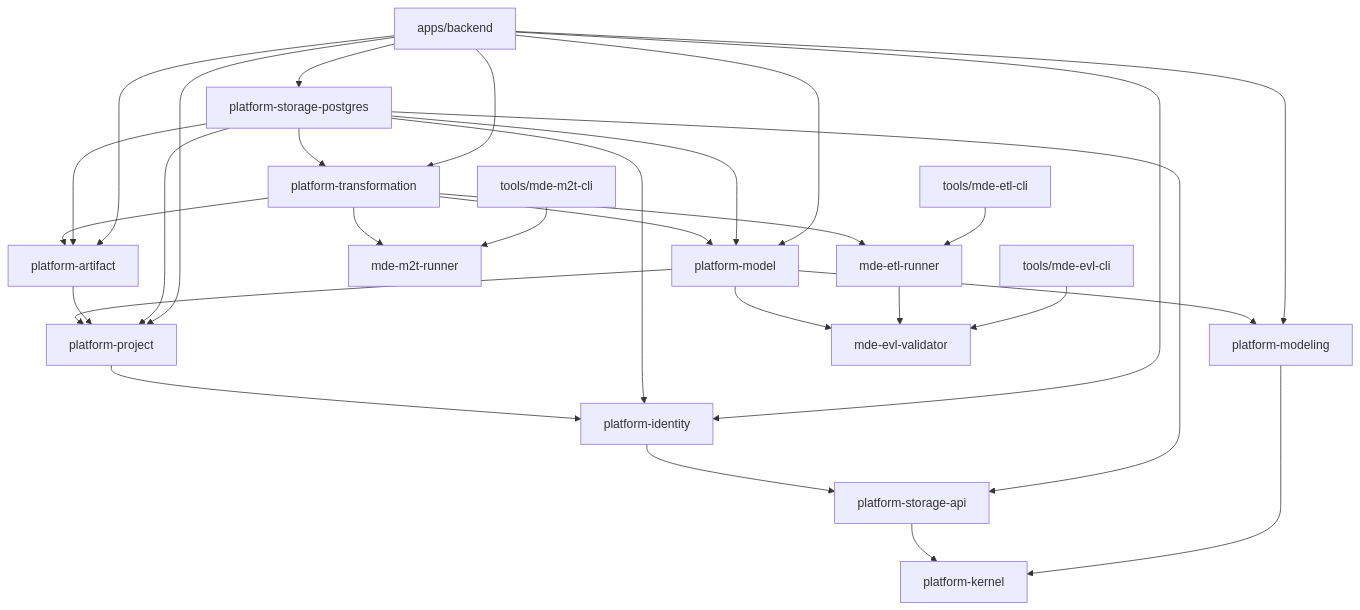
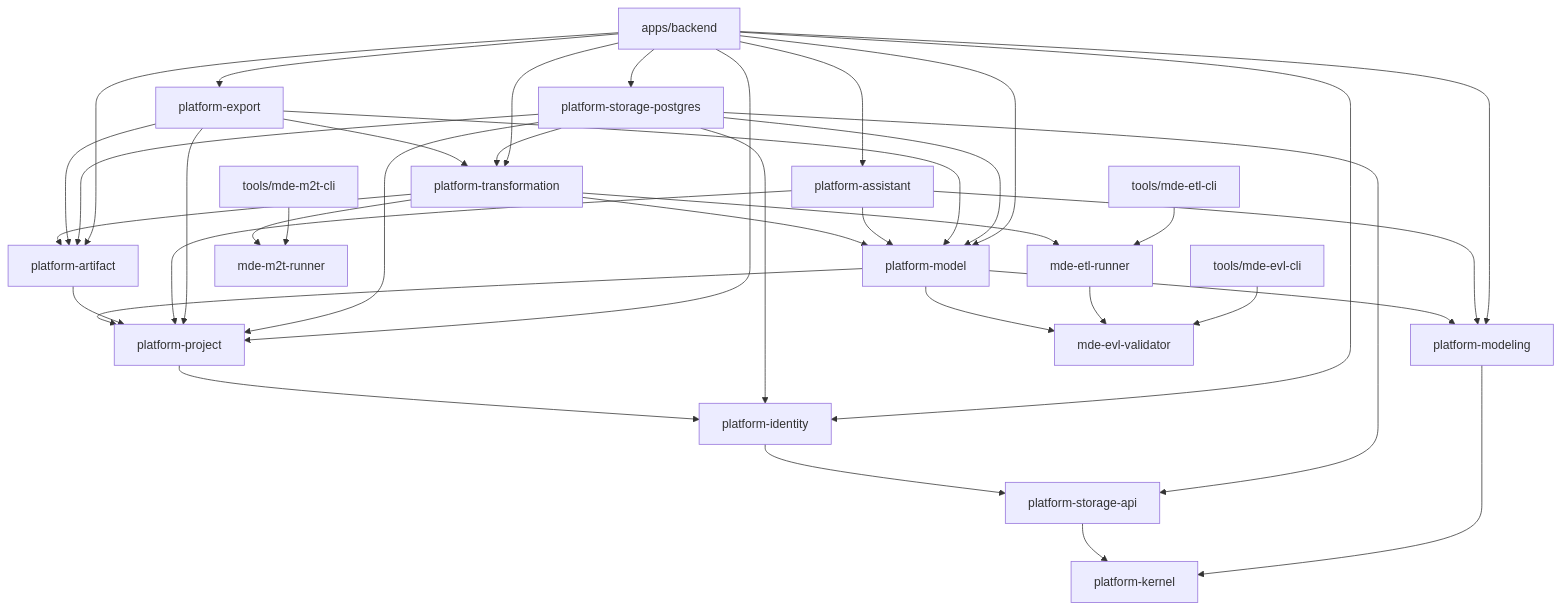
Before and after one commit to mehdieidi/modriss: the first of 3 diagrams in docs/diagrams/05-module-dependencies.md, drawn with Mermaid. The commit also changed 29 other files, not shown here.

````diff
--- a/docs/diagrams/05-module-dependencies.md
+++ b/docs/diagrams/05-module-dependencies.md
@@ -5,52 +5,63 @@
 ```mermaid
 flowchart TB
     backend["apps/backend"]
     kernel["platform-kernel"]
     storageApi["platform-storage-api"]
     identity["platform-identity"]
     project["platform-project"]
     modeling["platform-modeling"]
     model["platform-model"]
     artifact["platform-artifact"]
     transform["platform-transformation"]
+    assistant["platform-assistant"]
+    export["platform-export"]
     storage["platform-storage-postgres"]
     etl["mde-etl-runner"]
     evl["mde-evl-validator"]
     m2t["mde-m2t-runner"]
     etlcli["tools/mde-etl-cli"]
     evlcli["tools/mde-evl-cli"]
     m2tcli["tools/mde-m2t-cli"]
 
     storageApi --> kernel
     identity --> storageApi
     project --> identity
     modeling --> kernel
     model --> project
     model --> modeling
     model --> evl
     artifact --> project
     transform --> model
     transform --> artifact
     transform --> etl
     transform --> m2t
+    assistant --> project
+    assistant --> model
+    assistant --> modeling
+    export --> project
+    export --> model
+    export --> artifact
+    export --> transform
 
     storage --> storageApi
     storage --> identity
     storage --> project
     storage --> model
     storage --> artifact
     storage --> transform
 
     backend --> storage
     backend --> identity
     backend --> project
     backend --> model
     backend --> modeling
     backend --> artifact
     backend --> transform
+    backend --> assistant
+    backend --> export
 
     etl --> evl
     etlcli --> etl
     evlcli --> evl
     m2tcli --> m2t
 ```
````
